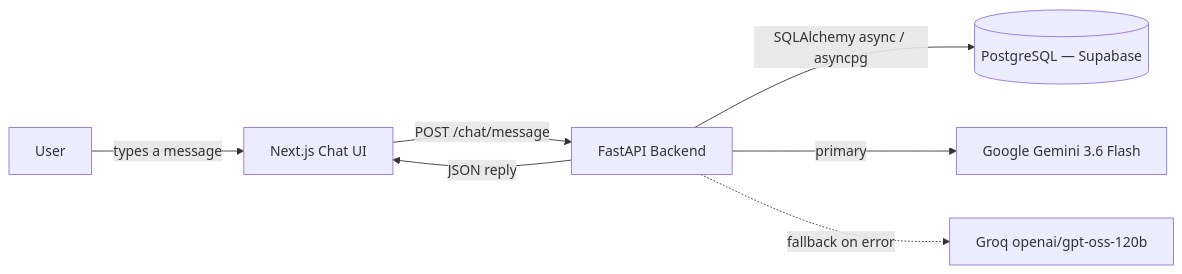
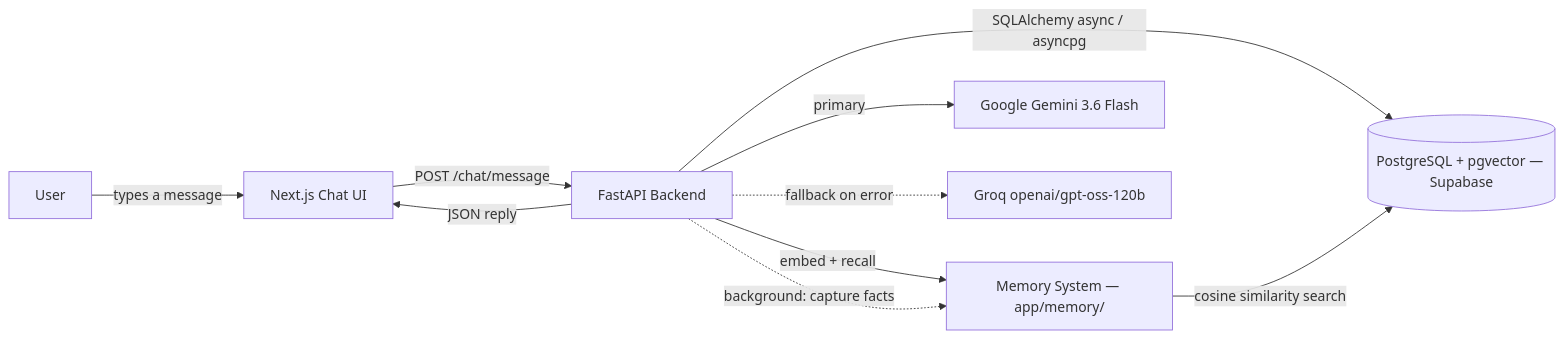
The diagram in README.md (Divyansh3105/CIPHER), drawn with Mermaid before and after one commit. The commit also changed other lines of this file and 2 other files, not shown here.

First line of the commit message:
docs: document Phase 3 long-term memory

````diff
--- a/README.md
+++ b/README.md
@@ -423,9 +470,12 @@
 ```mermaid
 flowchart LR
     User -->|types a message| Frontend[Next.js Chat UI]
     Frontend -->|POST /chat/message| Backend[FastAPI Backend]
-    Backend -->|SQLAlchemy async / asyncpg| DB[(PostgreSQL — Supabase)]
+    Backend -->|SQLAlchemy async / asyncpg| DB[(PostgreSQL + pgvector — Supabase)]
+    Backend -->|embed + recall| Memory[Memory System — app/memory/]
+    Memory -->|cosine similarity search| DB
     Backend -->|primary| Gemini[Google Gemini 3.6 Flash]
     Backend -.->|fallback on error| Groq[Groq openai/gpt-oss-120b]
+    Backend -.->|background: capture facts| Memory
     Backend -->|JSON reply| Frontend
 ```
````
